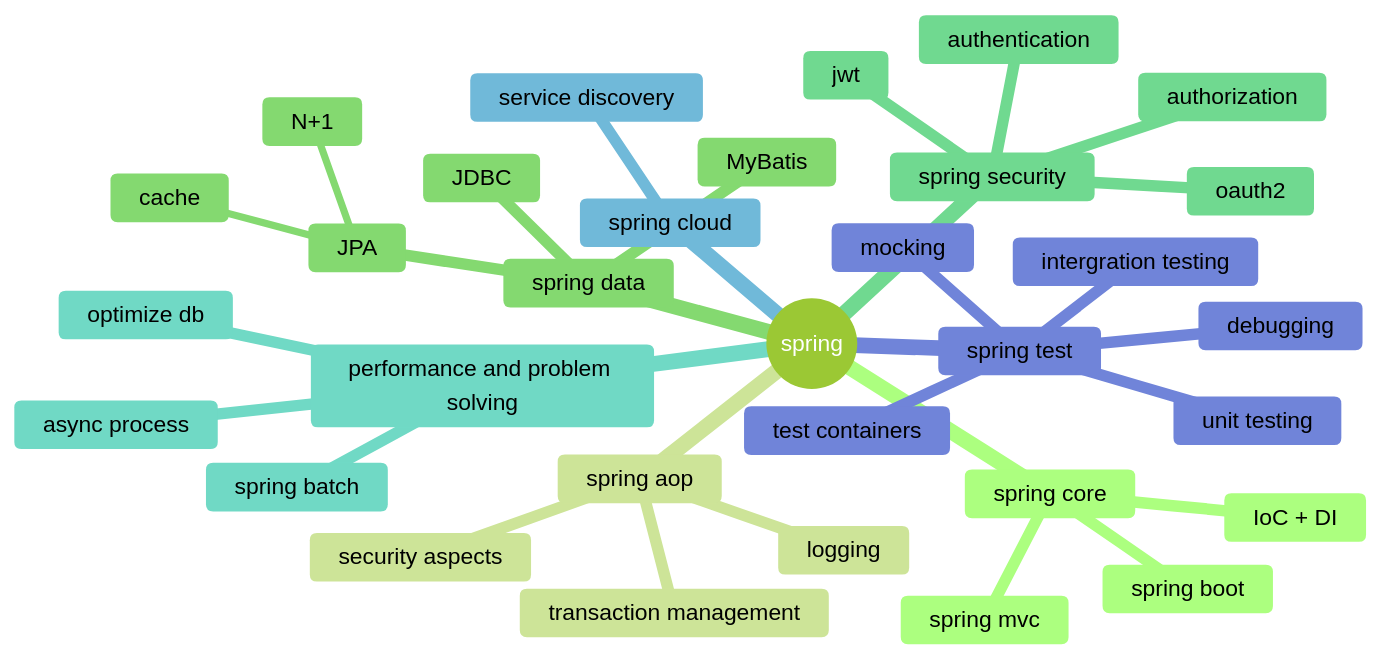
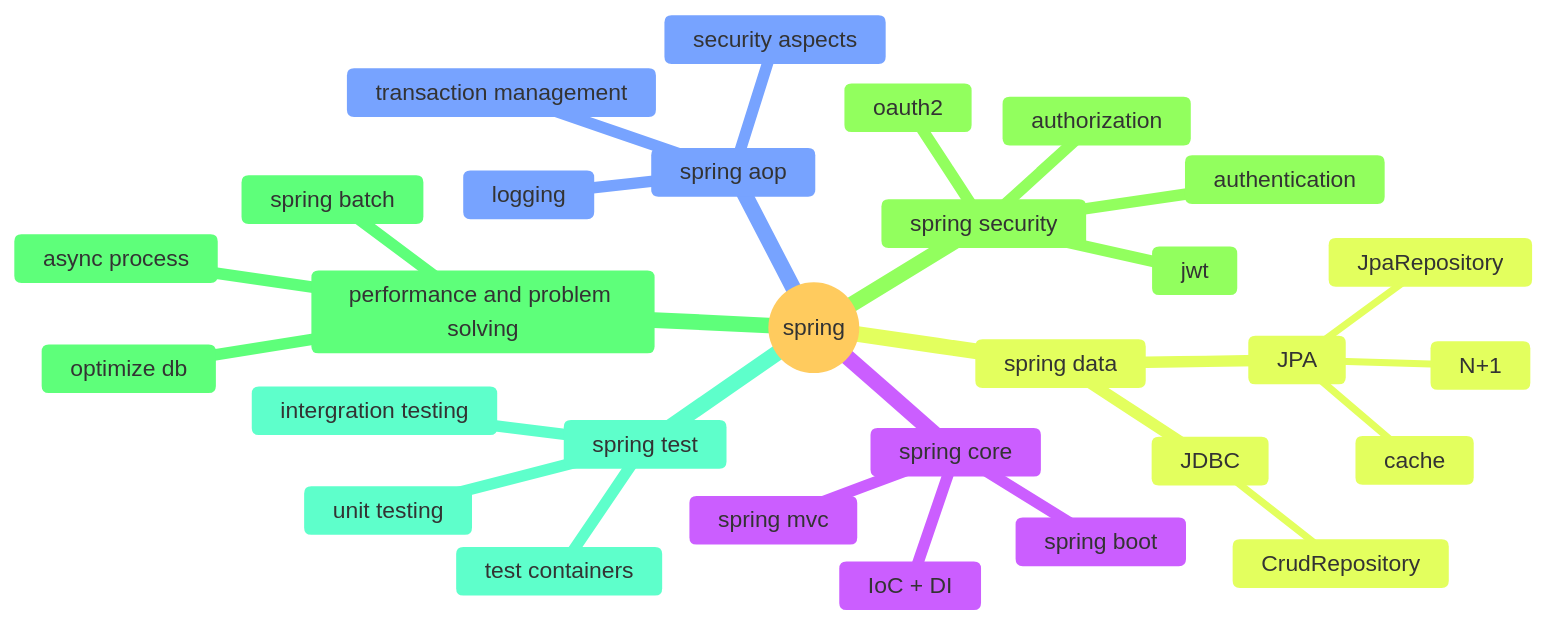
Before and after one commit to akiraei/study: the diagram in 스프링을 잘한다의 정의.md, drawn with Mermaid.

Commit message:
vault backup: 2024-12-05 16:09:06

````diff
--- a/스프링을 잘한다의 정의.md
+++ b/스프링을 잘한다의 정의.md
@@ -1,36 +2,33 @@
 ```mermaid
-%%{init: {'theme': 'forest'}}%%
+%%{init: {'theme': 'base'}}%%
 mindmap
 	root((spring))
 		spring core
 			IoC + DI
 			spring mvc
 			spring boot
 		spring aop
 			logging
 			transaction management
 			security aspects
 		spring data
 			JPA
+				JpaRepository
 				N+1
 				cache
-			MyBatis
 			JDBC
+				CrudRepository
 		spring security
 			authentication
 			authorization
 			oauth2
 			jwt
 		performance and problem solving
 		    async process
+		    optimize db
 		    spring batch
-		    optimize db
-		spring cloud
-			service discovery
 		spring test
 			unit testing
 			intergration testing
-			debugging
-			mocking
 			test containers
 ```
````
